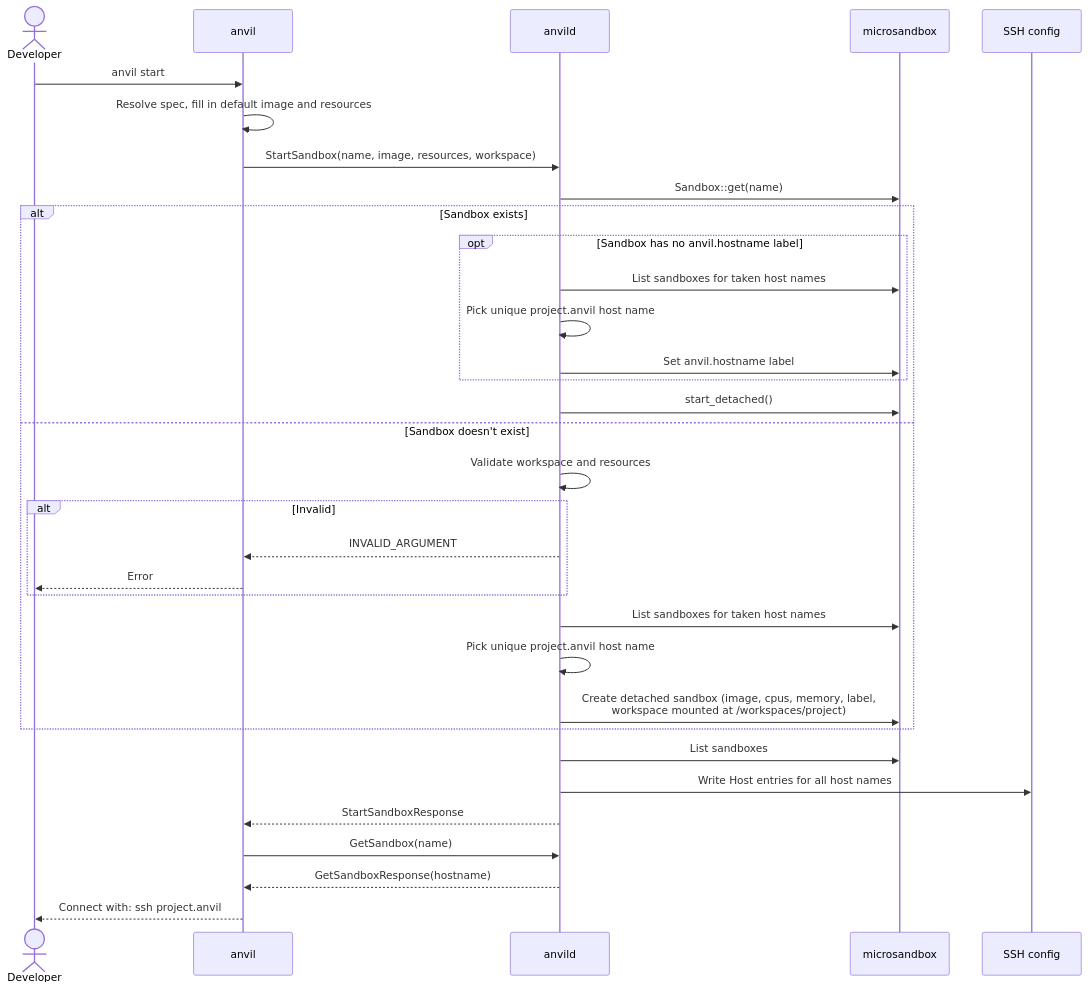
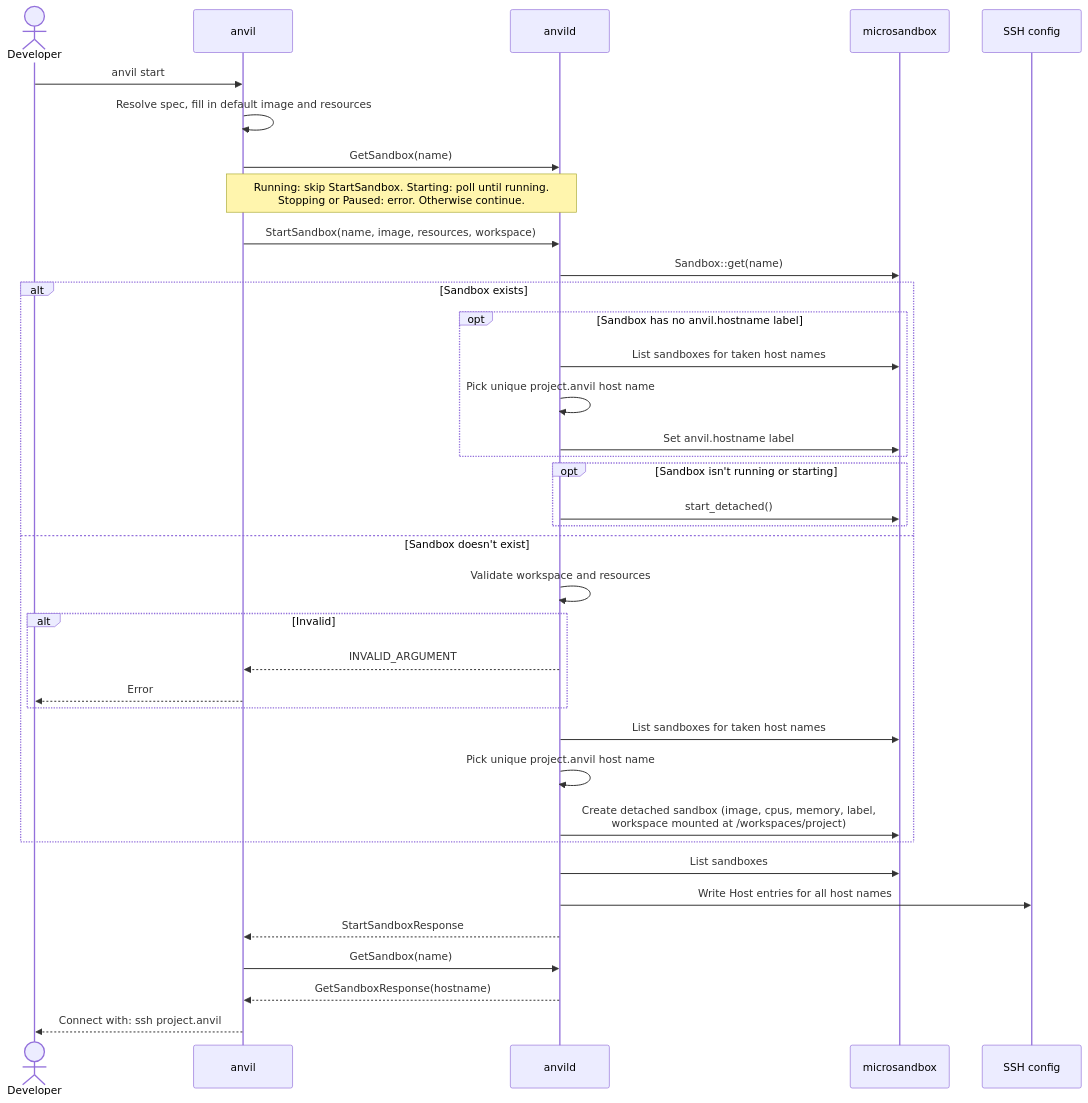
The third of 5 diagrams in docs/architecture/06-runtime-view.md (wmeints/anvil), drawn with Mermaid before and after one commit. The commit also changed other lines of this file and 3 other files, not shown here.

First line of the commit message:
fix(start): make starting a running or starting sandbox a no-op

````diff
--- a/docs/architecture/06-runtime-view.md
+++ b/docs/architecture/06-runtime-view.md
@@ -127,38 +131,42 @@
 ```mermaid
 sequenceDiagram
     actor Dev as Developer
     participant CLI as anvil
     participant D as anvild
     participant MS as microsandbox
     participant SSH as SSH config
 
     Dev->>CLI: anvil start
     CLI->>CLI: Resolve spec, fill in default image and resources
+    CLI->>D: GetSandbox(name)
+    Note over CLI,D: Running: skip StartSandbox. Starting: poll until running.<br/>Stopping or Paused: error. Otherwise continue.
     CLI->>D: StartSandbox(name, image, resources, workspace)
     D->>MS: Sandbox::get(name)
 
     alt Sandbox exists
         opt Sandbox has no anvil.hostname label
             D->>MS: List sandboxes for taken host names
             D->>D: Pick unique project.anvil host name
             D->>MS: Set anvil.hostname label
         end
-        D->>MS: start_detached()
+        opt Sandbox isn't running or starting
+            D->>MS: start_detached()
+        end
     else Sandbox doesn't exist
         D->>D: Validate workspace and resources
         alt Invalid
             D-->>CLI: INVALID_ARGUMENT
             CLI-->>Dev: Error
         end
         D->>MS: List sandboxes for taken host names
         D->>D: Pick unique project.anvil host name
         D->>MS: Create detached sandbox (image, cpus, memory, label,<br/>workspace mounted at /workspaces/project)
     end
 
     D->>MS: List sandboxes
     D->>SSH: Write Host entries for all host names
     D-->>CLI: StartSandboxResponse
     CLI->>D: GetSandbox(name)
     D-->>CLI: GetSandboxResponse(hostname)
     CLI-->>Dev: Connect with: ssh project.anvil
 ```
````
